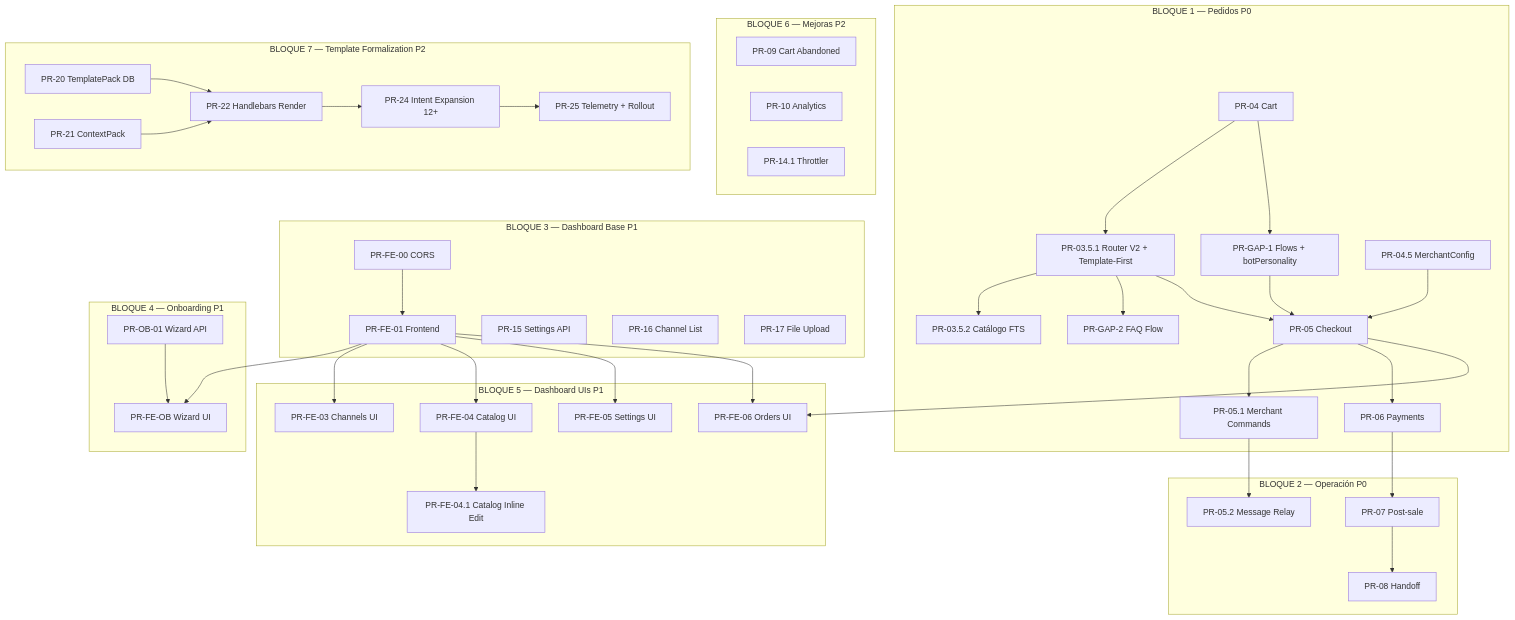
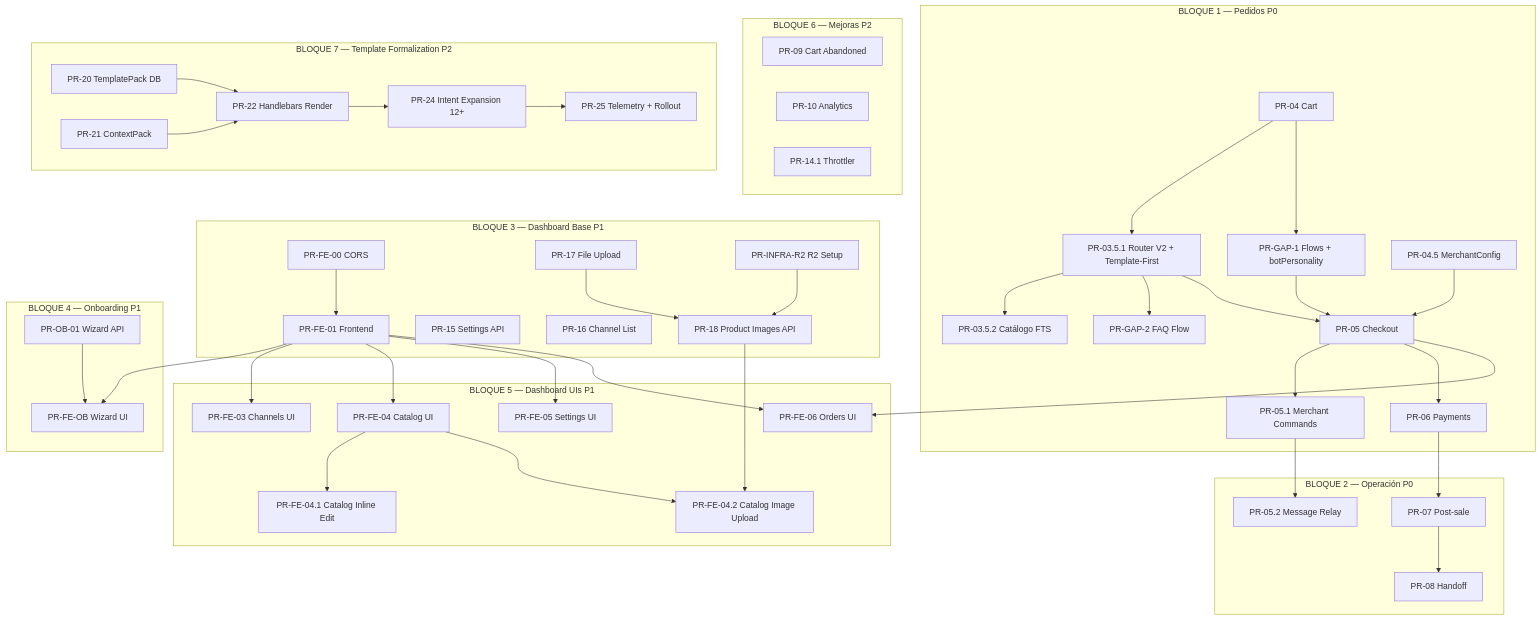
Before and after one commit to ferbbo/closy-bot: the diagram in docs/plan/PR-STACK-core-v1.md, drawn with Mermaid. The commit also changed other lines of this file, not shown here.

Commit message:
feat(docs): agregar documentación para configuración de Cloudflare R2 y API de imágenes de productos

````diff
--- a/docs/plan/PR-STACK-core-v1.md
+++ b/docs/plan/PR-STACK-core-v1.md
@@ -307,48 +307,52 @@
 ```mermaid
 graph TD
     subgraph "BLOQUE 1 — Pedidos P0"
         PR04[PR-04 Cart] --> PR0351[PR-03.5.1 Router V2 + Template-First]
         PR04 --> PRGAP1[PR-GAP-1 Flows + botPersonality]
         PR0351 --> PR0352[PR-03.5.2 Catálogo FTS]
         PR0351 --> PRGAP2[PR-GAP-2 FAQ Flow]
         PR045[PR-04.5 MerchantConfig] --> PR05[PR-05 Checkout]
         PR0351 --> PR05
         PRGAP1 --> PR05
         PR05 --> PR051[PR-05.1 Merchant Commands]
         PR05 --> PR06[PR-06 Payments]
     end
     subgraph "BLOQUE 2 — Operación P0"
         PR06 --> PR07[PR-07 Post-sale]
         PR051 --> PR052[PR-05.2 Message Relay]
         PR07 --> PR08[PR-08 Handoff]
     end
     subgraph "BLOQUE 3 — Dashboard Base P1"
         PRFE00[PR-FE-00 CORS] --> PRFE01[PR-FE-01 Frontend]
         PR15[PR-15 Settings API]
         PR16[PR-16 Channel List]
         PR17[PR-17 File Upload]
+        PRINFRAR2[PR-INFRA-R2 R2 Setup] --> PR18[PR-18 Product Images API]
+        PR17 --> PR18
     end
     subgraph "BLOQUE 4 — Onboarding P1"
         PROB01[PR-OB-01 Wizard API] --> PRFEOB[PR-FE-OB Wizard UI]
         PRFE01 --> PRFEOB
     end
     subgraph "BLOQUE 5 — Dashboard UIs P1"
         PRFE01 --> PRFE03[PR-FE-03 Channels UI]
         PRFE01 --> PRFE04[PR-FE-04 Catalog UI]
         PRFE04 --> PRFE041[PR-FE-04.1 Catalog Inline Edit]
+        PRFE04 --> PRFE042[PR-FE-04.2 Catalog Image Upload]
+        PR18 --> PRFE042
         PRFE01 --> PRFE05[PR-FE-05 Settings UI]
         PRFE01 --> PRFE06[PR-FE-06 Orders UI]
         PR05 --> PRFE06
     end
     subgraph "BLOQUE 6 — Mejoras P2"
         PR09[PR-09 Cart Abandoned]
         PR10[PR-10 Analytics]
         PR141[PR-14.1 Throttler]
     end
     subgraph "BLOQUE 7 — Template Formalization P2"
         PR20[PR-20 TemplatePack DB] --> PR22[PR-22 Handlebars Render]
         PR21[PR-21 ContextPack] --> PR22
         PR22 --> PR24[PR-24 Intent Expansion 12+]
         PR24 --> PR25[PR-25 Telemetry + Rollout]
     end
 ```
````
